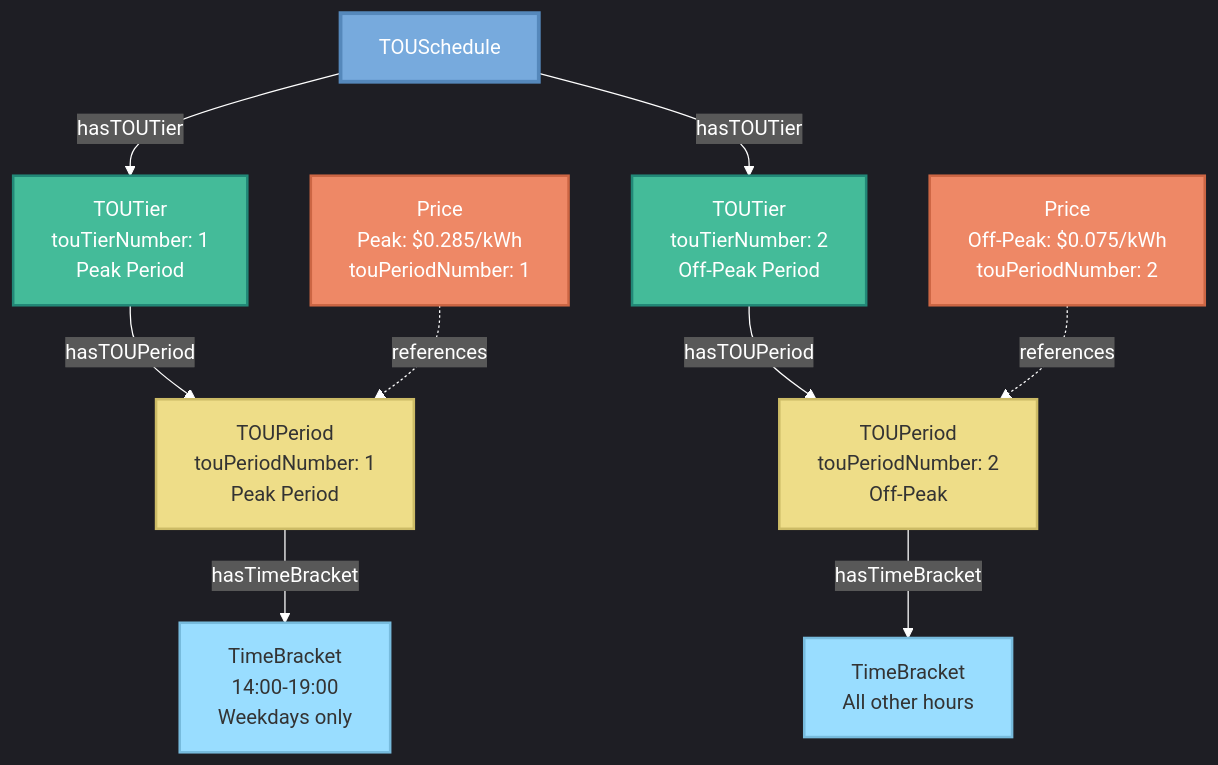
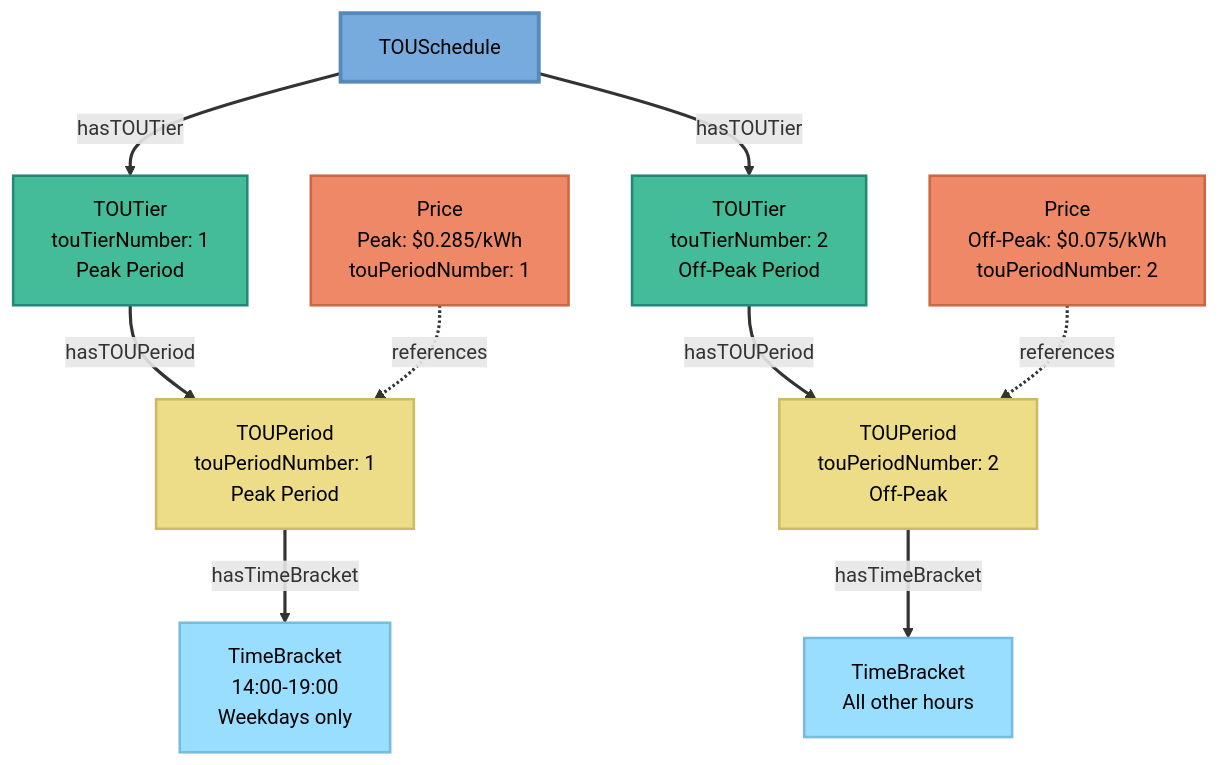
The diagram in documentation/diagrams/urpx-tou-structure-diagram.mmd (urpx-org/urpx), drawn with Mermaid before and after one commit. The commit also changed 65 other files, not shown here.

```diff
--- a/documentation/diagrams/urpx-tou-structure-diagram.mmd
+++ b/documentation/diagrams/urpx-tou-structure-diagram.mmd
@@ -1,55 +1,56 @@
 %% SPDX-FileCopyrightText: Flux Tailor LLC
 %% SPDX-License-Identifier: W3C-20150513
 
 %% URPX TOU Structure Diagram
 %% Shows: TOUSchedule → TOUTier → TOUPeriod → TimeBracket hierarchy
 %% Created: January 26, 2026
 %% Paul Tol 2.7 Light color scheme
-
-%%{init: {'theme':'dark', 'themeVariables': { 'darkMode':'true', 'background':'#000000', 'primaryColor':'#77AADD', 'primaryTextColor':'#ffffff', 'primaryBorderColor':'#5588BB', 'lineColor':'#ffffff', 'secondaryColor':'#44BB99', 'tertiaryColor':'#EE8866', 'textColor':'#ffffff', 'nodeTextColor':'#ffffff'}}}%%
 
 graph TB
     
     TOUSchedule[TOUSchedule]
     
     %% TOU Tiers
     Tier1[TOUTier<br/>touTierNumber: 1<br/>Peak Period]
     Tier2[TOUTier<br/>touTierNumber: 2<br/>Off-Peak Period]
     
     %% TOU Periods
     Period1[TOUPeriod<br/>touPeriodNumber: 1<br/>Peak Period]
     Period2[TOUPeriod<br/>touPeriodNumber: 2<br/>Off-Peak]
     
     %% Time Brackets
     TB1[TimeBracket<br/>14:00-19:00<br/>Weekdays only]
     TB2[TimeBracket<br/>All other hours]
     
     %% Price References
     Price1[Price<br/>Peak: $0.285/kWh<br/>touPeriodNumber: 1]
     Price2[Price<br/>Off-Peak: $0.075/kWh<br/>touPeriodNumber: 2]
     
     %% Connections
     TOUSchedule -->|hasTOUTier| Tier1
     TOUSchedule -->|hasTOUTier| Tier2
     
     Tier1 -->|hasTOUPeriod| Period1
     Tier2 -->|hasTOUPeriod| Period2
     
     Period1 -->|hasTimeBracket| TB1
     Period2 -->|hasTimeBracket| TB2
     
     Price1 -.->|references| Period1
     Price2 -.->|references| Period2
     
     %% Styling - Paul Tol 2.7 Light colors
-    classDef scheduleClass fill:#77AADD,stroke:#5588BB,stroke-width:3px,color:#fff
-    classDef tierClass fill:#44BB99,stroke:#228877,stroke-width:2px,color:#fff
-    classDef periodClass fill:#EEDD88,stroke:#CCBB66,stroke-width:2px,color:#333
-    classDef bracketClass fill:#99DDFF,stroke:#77BBDD,stroke-width:2px,color:#333
-    classDef priceClass fill:#EE8866,stroke:#CC6644,stroke-width:2px,color:#fff
+    classDef scheduleClass fill:#77AADD,stroke:#5588BB,stroke-width:3px,color:#000
+    classDef tierClass fill:#44BB99,stroke:#228877,stroke-width:2px,color:#000
+    classDef periodClass fill:#EEDD88,stroke:#CCBB66,stroke-width:2px,color:#000
+    classDef bracketClass fill:#99DDFF,stroke:#77BBDD,stroke-width:2px,color:#000
+    classDef priceClass fill:#EE8866,stroke:#CC6644,stroke-width:2px,color:#000
     
     class TOUSchedule scheduleClass
     class Tier1,Tier2 tierClass
     class Period1,Period2 periodClass
     class TB1,TB2 bracketClass
     class Price1,Price2 priceClass
+
+    %% Edge stroke width, matched to the documentation site
+    linkStyle default stroke-width:2.5px
```
